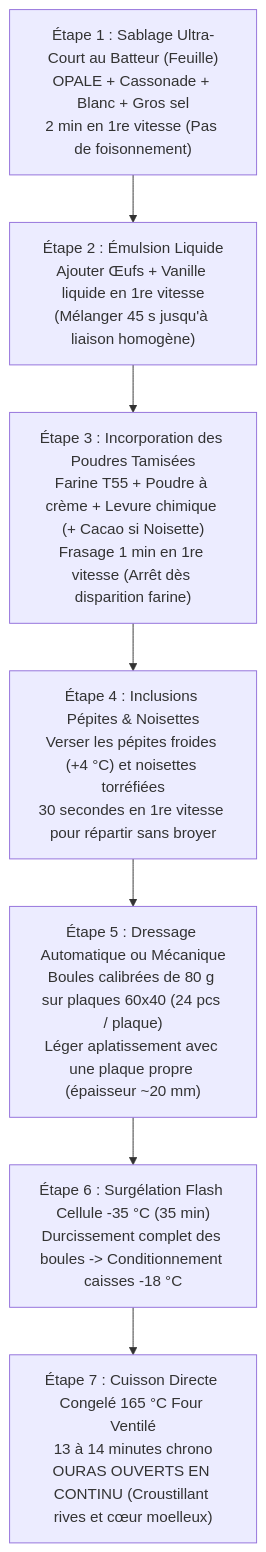
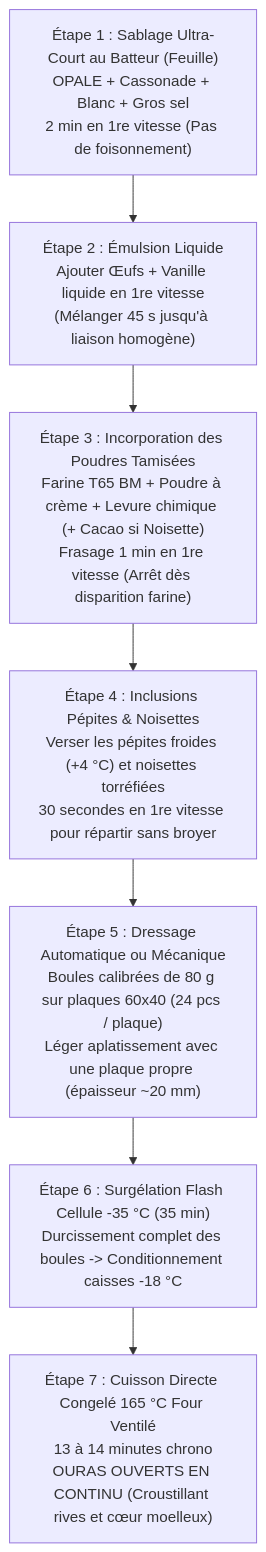
Before and after one commit to jri561/laboratoire-tourage-boulangerie: the diagram in recettes/catalogue/cookies-classique-noisette.md, drawn with Mermaid. The commit also changed other lines of this file and 17 other files, not shown here.

````diff
--- a/recettes/catalogue/cookies-classique-noisette.md
+++ b/recettes/catalogue/cookies-classique-noisette.md
@@ -56,10 +56,10 @@
 ```mermaid
 flowchart TD
     A["Étape 1 : Sablage Ultra-Court au Batteur (Feuille)\nOPALE + Cassonade + Blanc + Gros sel\n2 min en 1re vitesse (Pas de foisonnement)"]
     --> B["Étape 2 : Émulsion Liquide\nAjouter Œufs + Vanille liquide en 1re vitesse\n(Mélanger 45 s jusqu'à liaison homogène)"]
-    --> C["Étape 3 : Incorporation des Poudres Tamisées\nFarine T55 + Poudre à crème + Levure chimique (+ Cacao si Noisette)\nFrasage 1 min en 1re vitesse (Arrêt dès disparition farine)"]
+    --> C["Étape 3 : Incorporation des Poudres Tamisées\nFarine T65 BM + Poudre à crème + Levure chimique (+ Cacao si Noisette)\nFrasage 1 min en 1re vitesse (Arrêt dès disparition farine)"]
     --> D["Étape 4 : Inclusions Pépites & Noisettes\nVerser les pépites froides (+4 °C) et noisettes torréfiées\n30 secondes en 1re vitesse pour répartir sans broyer"]
     --> E["Étape 5 : Dressage Automatique ou Mécanique\nBoules calibrées de 80 g sur plaques 60x40 (24 pcs / plaque)\nLéger aplatissement avec une plaque propre (épaisseur ~20 mm)"]
     --> F["Étape 6 : Surgélation Flash Cellule -35 °C (35 min)\nDurcissement complet des boules -> Conditionnement caisses -18 °C"]
     --> G["Étape 7 : Cuisson Directe Congelé 165 °C Four Ventilé\n13 à 14 minutes chrono\nOURAS OUVERTS EN CONTINU (Croustillant rives et cœur moelleux)"]
 ```
````
